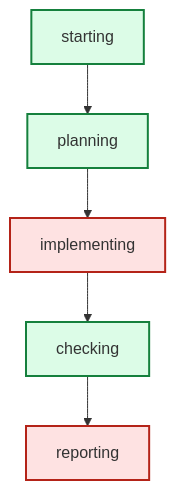
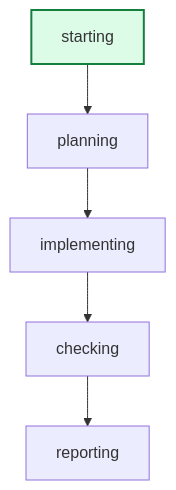
One commit to daniell0gda/hermes-feature-check-dashboard changed the diagram in runs/issue-suite-red-cleanup-r1/graph.mmd. Above: the diagram before and after it, drawn with Mermaid. The commit also changed 58 other files, not shown here.

```diff
--- a/runs/issue-suite-red-cleanup-r1/graph.mmd
+++ b/runs/issue-suite-red-cleanup-r1/graph.mmd
@@ -1,14 +1,10 @@
 graph TD
     starting --> planning
     planning --> implementing
     implementing --> checking
     checking --> reporting
 
 classDef done fill:#dcfce7,stroke:#15803d,stroke-width:2px;
 classDef active fill:#dbeafe,stroke:#2563eb,stroke-width:3px;
 classDef failed fill:#fee2e2,stroke:#b42318,stroke-width:2px;
-class planning done;
-class implementing failed;
 class starting done;
-class reporting failed;
-class checking done;
```
